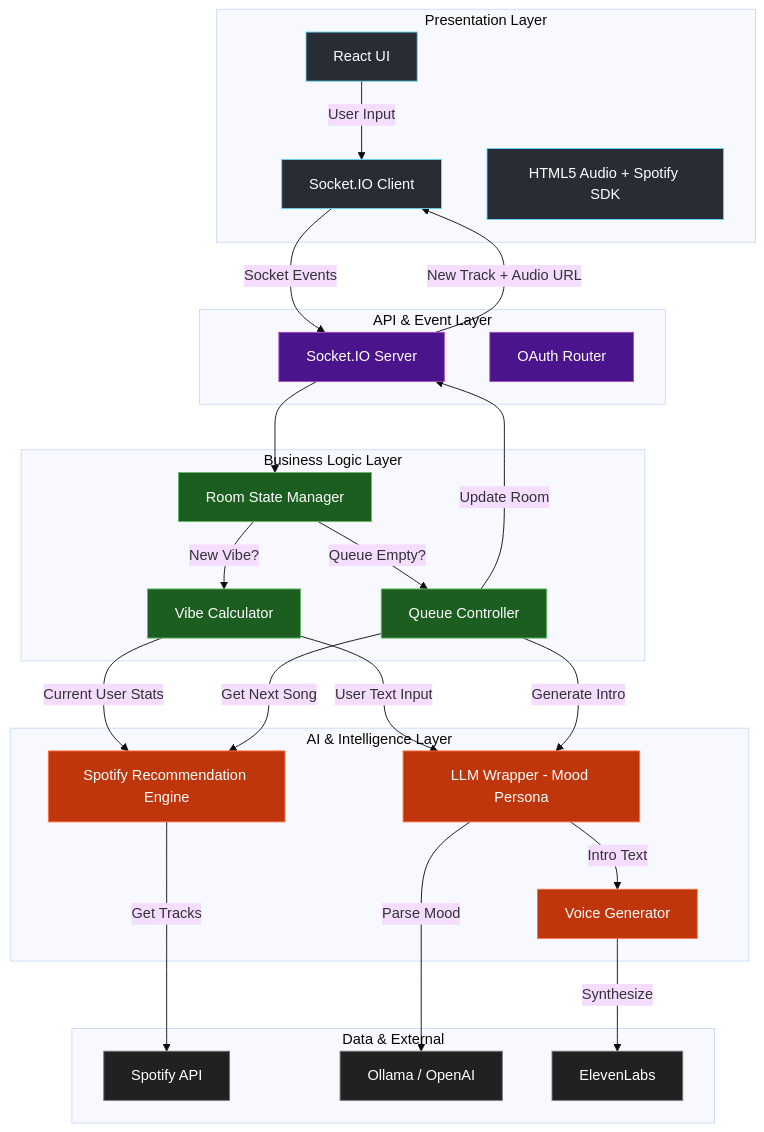
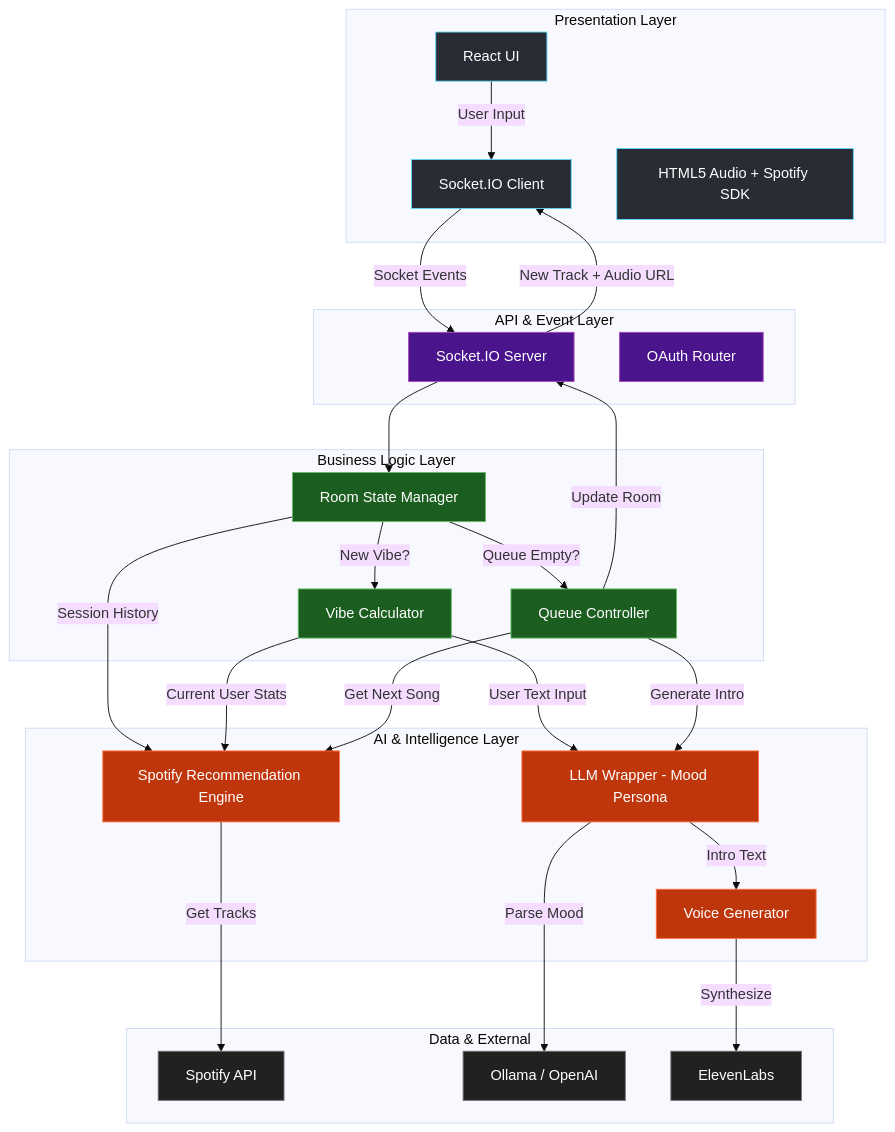
The first of 2 diagrams in docs/system_diagrams.md (anirban-1009/VibeSync), drawn with Mermaid (base theme) before and after one commit. The commit also changed other lines of this file, not shown here.

Commit message:
feat(system_diagram): Updates for the analyze history

````diff
--- a/docs/system_diagrams.md
+++ b/docs/system_diagrams.md
@@ -6,61 +6,62 @@
 ```mermaid
 graph TD
     %% Styling
     classDef frontend fill:#282c34,stroke:#61dafb,color:white;
     classDef api fill:#4a148c,stroke:#ab47bc,color:white;
     classDef logic fill:#1b5e20,stroke:#66bb6a,color:white;
     classDef ai fill:#bf360c,stroke:#ff7043,color:white;
     classDef ext fill:#212121,stroke:#757575,color:white;
 
     subgraph Presentation_Layer ["Presentation Layer"]
         UI[React UI]:::frontend
         SocketClient[Socket.IO Client]:::frontend
         AudioEngine[HTML5 Audio + Spotify SDK]:::frontend
     end
 
     subgraph API_Layer ["API & Event Layer"]
         SocketServer[Socket.IO Server]:::api
         AuthRouter[OAuth Router]:::api
     end
 
     subgraph Logic_Layer ["Business Logic Layer"]
         RoomManager[Room State Manager]:::logic
         QueueManager[Queue Controller]:::logic
         VibeAggregator[Vibe Calculator]:::logic
     end
 
     subgraph AI_Service_Layer ["AI & Intelligence Layer"]
         LLM_Service[LLM Wrapper - Mood Persona]:::ai
         TTS_Service[Voice Generator]:::ai
         Rec_Service[Spotify Recommendation Engine]:::ai
     end
 
     subgraph Data_Layer ["Data & External"]
         SpotifyAPI[Spotify API]:::ext
         LLM_Model[Ollama / OpenAI]:::ext
         TTS_Provider[ElevenLabs]:::ext
     end
 
     %% Connections
     UI -- User Input --> SocketClient
     SocketClient -- Socket Events --> SocketServer
 
     SocketServer --> RoomManager
 
     RoomManager -- Queue Empty? --> QueueManager
     RoomManager -- New Vibe? --> VibeAggregator
+    RoomManager -- "Session History" --> Rec_Service
 
     VibeAggregator -- Current User Stats --> Rec_Service
     VibeAggregator -- User Text Input --> LLM_Service
 
     Rec_Service -- Get Tracks --> SpotifyAPI
     LLM_Service -- Parse Mood --> LLM_Model
 
     QueueManager -- Get Next Song --> Rec_Service
     QueueManager -- Generate Intro --> LLM_Service
     LLM_Service -- Intro Text --> TTS_Service
     TTS_Service -- Synthesize --> TTS_Provider
 
     QueueManager -- Update Room --> SocketServer
     SocketServer -- New Track + Audio URL --> SocketClient
 ```
````
